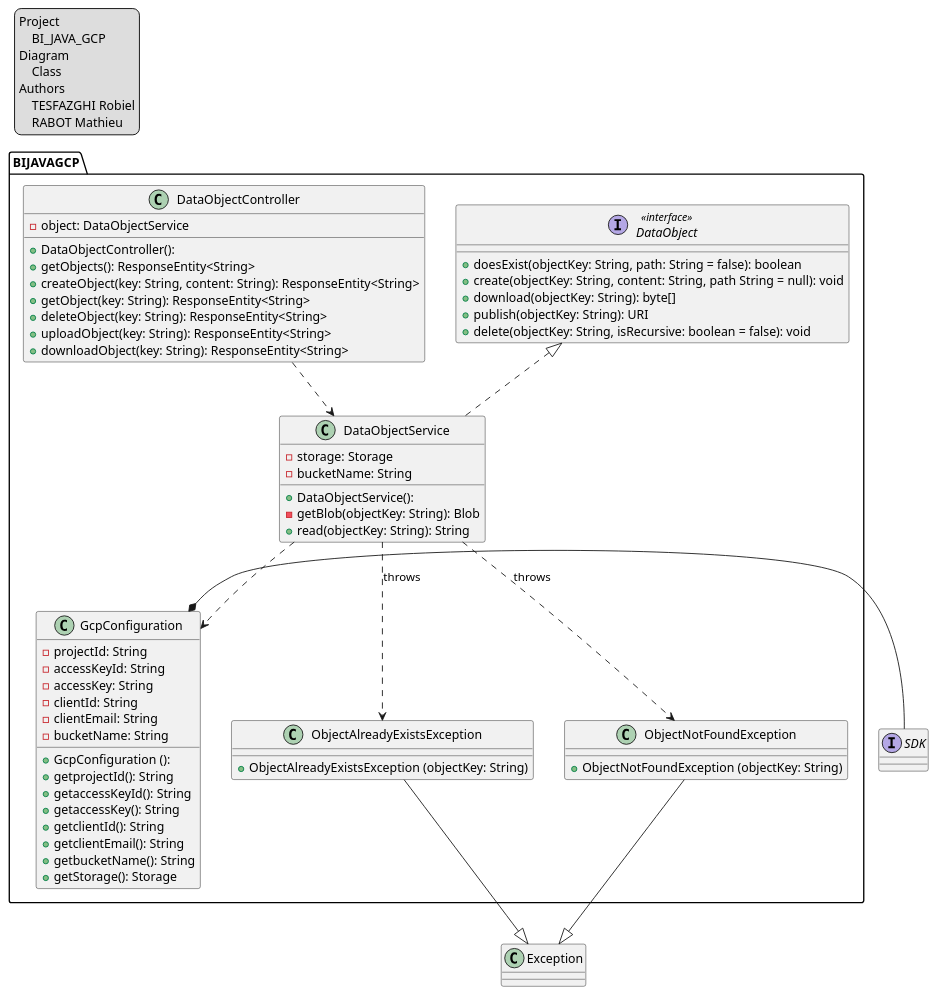
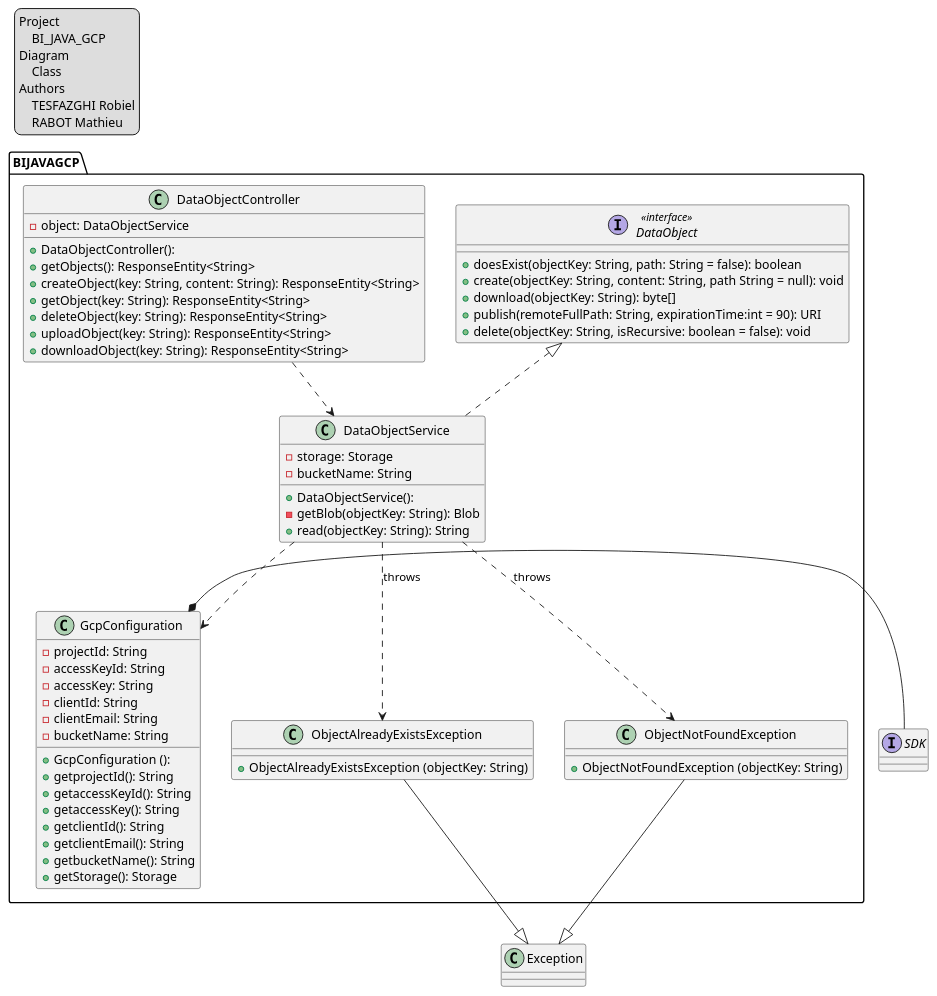
The diagram in doc/class/Diagramme de classe.plantuml (CPNV-ES-BI/BI_JAVA_GCP), drawn with PlantUML before and after one commit. The commit also changed 2 other files, not shown here.

Commit message:
Update the diagramme

```diff
--- a/doc/class/Diagramme de classe.plantuml
+++ b/doc/class/Diagramme de classe.plantuml
@@ -1,87 +1,87 @@
 @startuml
 'https://plantuml.com/class-diagram
 
 legend top left
     Project
         BI_JAVA_GCP
     Diagram
         Class
     Authors
         TESFAZGHI Robiel
         RABOT Mathieu
 endlegend
 
 package BIJAVAGCP {
     interface DataObject << interface >>{
         + doesExist(objectKey: String, path: String = false): boolean
         + create(objectKey: String, content: String, path String = null): void
         + download(objectKey: String): byte[]
-        + publish(objectKey: String): URI
+        + publish(remoteFullPath: String, expirationTime:int = 90): URI
         + delete(objectKey: String, isRecursive: boolean = false): void
     }
 
     class DataObjectService {
         + DataObjectService():
         - storage: Storage
         - bucketName: String
         - getBlob(objectKey: String): Blob
         + read(objectKey: String): String
     }
 
     class DataObjectController {
         - object: DataObjectService
         + DataObjectController():
         + getObjects(): ResponseEntity<String>
         + createObject(key: String, content: String): ResponseEntity<String>
         + getObject(key: String): ResponseEntity<String>
         + deleteObject(key: String): ResponseEntity<String>
         + uploadObject(key: String): ResponseEntity<String>
         + downloadObject(key: String): ResponseEntity<String>
     }
 
        class ObjectAlreadyExistsException {
         + ObjectAlreadyExistsException (objectKey: String)
     }
 
     class GcpConfiguration {
         + GcpConfiguration ():
         - projectId: String
         - accessKeyId: String
         - accessKey: String
         - clientId: String
         - clientEmail: String
         - bucketName: String
         + getprojectId(): String
         + getaccessKeyId(): String
         + getaccessKey(): String
         + getclientId(): String
         + getclientEmail(): String
         + getbucketName(): String
         + getStorage(): Storage
     }
 
     class ObjectNotFoundException {
         + ObjectNotFoundException (objectKey: String)
     }
 }
 
 
 
 class Exception
 
 interface SDK
 
 
 DataObject <|.. DataObjectService
 
 GcpConfiguration *- SDK
 
 DataObjectService ..> GcpConfiguration
 DataObjectService ..> ObjectAlreadyExistsException : throws
 DataObjectService ..> ObjectNotFoundException : throws
 
 DataObjectController ..> DataObjectService
 
 ObjectAlreadyExistsException  --|> Exception
 ObjectNotFoundException --|> Exception
 @enduml
```
